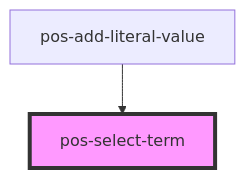
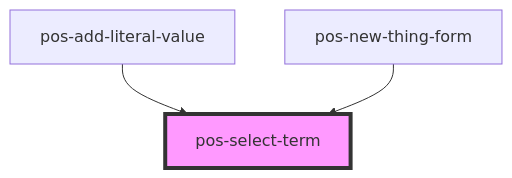
Before and after one commit to pod-os/PodOS: the diagram in docs/elements/components/pos-select-term/readme.md, drawn with Mermaid. The commit also changed other lines of this file and 8 other files, not shown here.

````diff
--- a/docs/elements/components/pos-select-term/readme.md
+++ b/docs/elements/components/pos-select-term/readme.md
@@ -30,5 +31,6 @@
 ```mermaid
 graph TD;
   pos-add-literal-value --> pos-select-term
+  pos-new-thing-form --> pos-select-term
   style pos-select-term fill:#f9f,stroke:#333,stroke-width:4px
 ```
````
